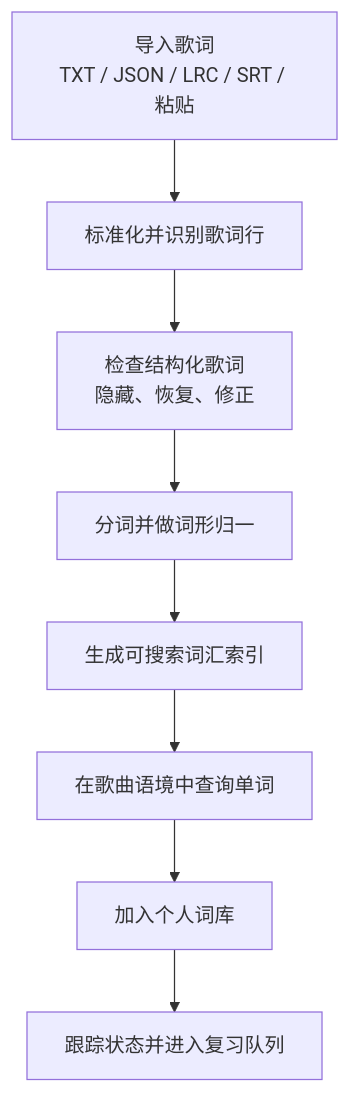
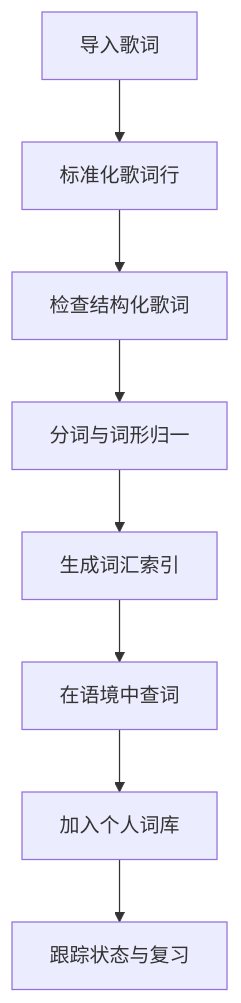
Before and after one commit to EachYoungX/IyricVocabularyBuilder: the first of 2 diagrams in README.zh-CN.md, drawn with Mermaid. The commit also changed other lines of this file and 19 other files, not shown here.

````diff
--- a/README.zh-CN.md
+++ b/README.zh-CN.md
@@ -27,10 +27,10 @@
 ```mermaid
 flowchart TD
-  A["导入歌词<br/>TXT / JSON / LRC / SRT / 粘贴"] --> B["标准化并识别歌词行"]
-  B --> C["检查结构化歌词<br/>隐藏、恢复、修正"]
-  C --> D["分词并做词形归一"]
-  D --> E["生成可搜索词汇索引"]
-  E --> F["在歌曲语境中查询单词"]
+  A["导入歌词"] --> B["标准化歌词行"]
+  B --> C["检查结构化歌词"]
+  C --> D["分词与词形归一"]
+  D --> E["生成词汇索引"]
+  E --> F["在语境中查词"]
   F --> G["加入个人词库"]
-  G --> H["跟踪状态并进入复习队列"]
+  G --> H["跟踪状态与复习"]
 ```
````
